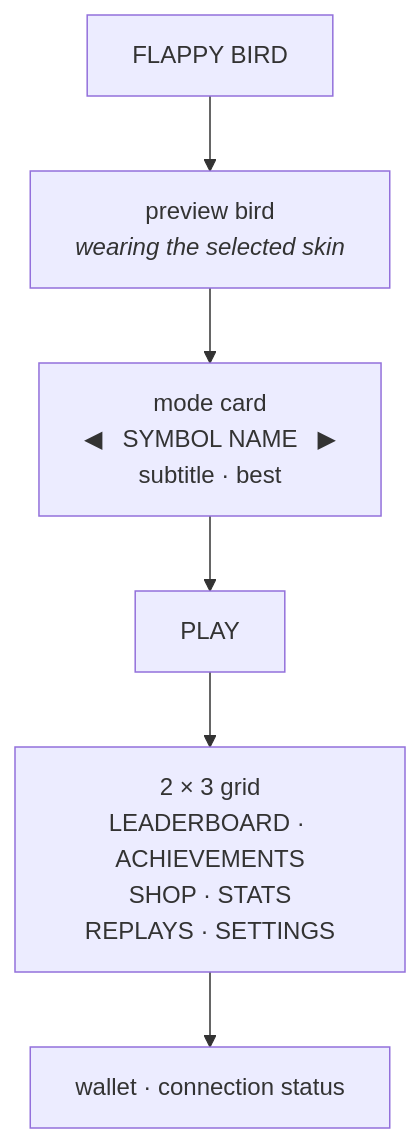
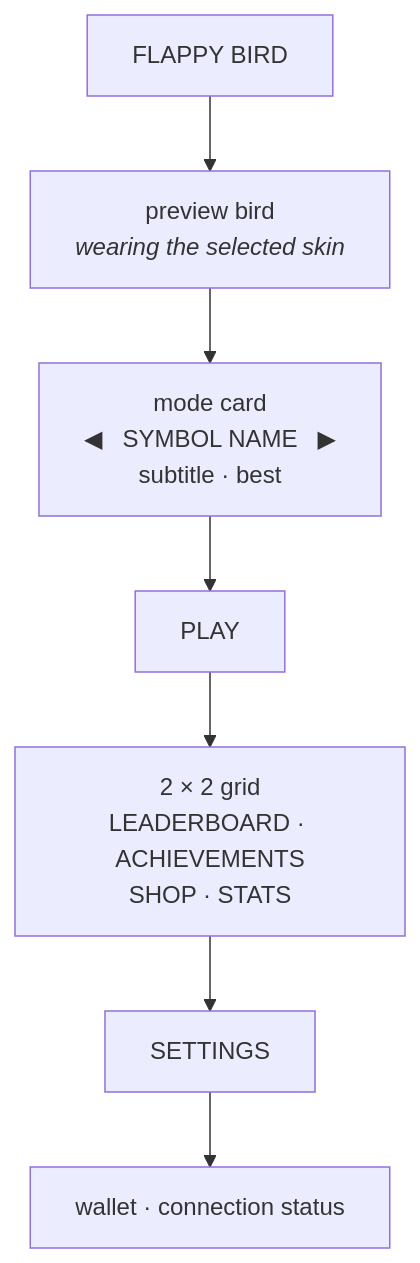
Before and after one commit to hoangsonww/Flappy-Bird-Game: the fourth of 6 diagrams in docs/SCREENS.md, drawn with Mermaid. The commit also changed other lines of this file and 43 other files, not shown here.

````diff
--- a/docs/SCREENS.md
+++ b/docs/SCREENS.md
@@ -109,8 +103,9 @@
 ```mermaid
 flowchart TB
     T["FLAPPY BIRD"] --> P["preview bird<br/><i>wearing the selected skin</i>"]
     P --> Card["mode card<br/>◀ &nbsp; SYMBOL NAME &nbsp; ▶<br/>subtitle · best"]
     Card --> Play["PLAY"]
-    Play --> Grid["2 × 3 grid<br/>LEADERBOARD · ACHIEVEMENTS<br/>SHOP · STATS<br/>REPLAYS · SETTINGS"]
-    Grid --> Foot["wallet · connection status"]
+    Play --> Grid["2 × 2 grid<br/>LEADERBOARD · ACHIEVEMENTS<br/>SHOP · STATS"]
+    Grid --> Settings["SETTINGS"]
+    Settings --> Foot["wallet · connection status"]
 ```
````
